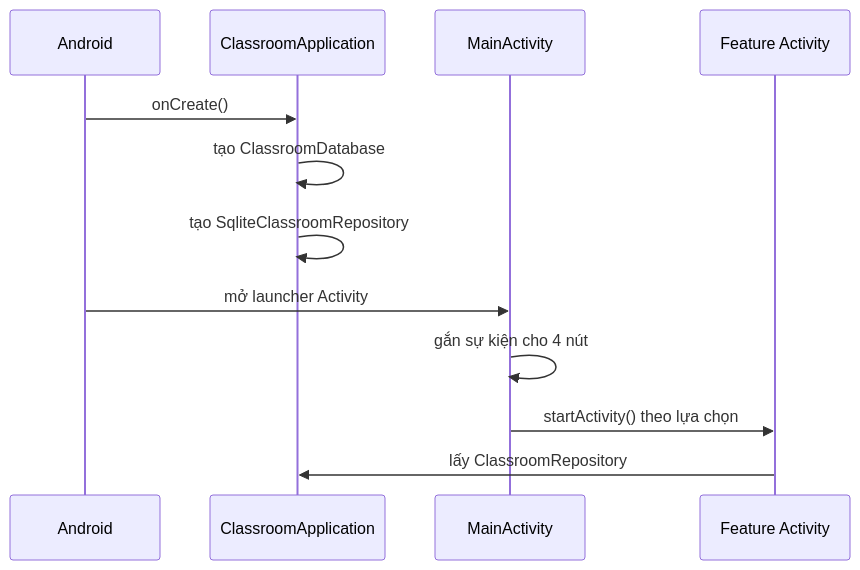
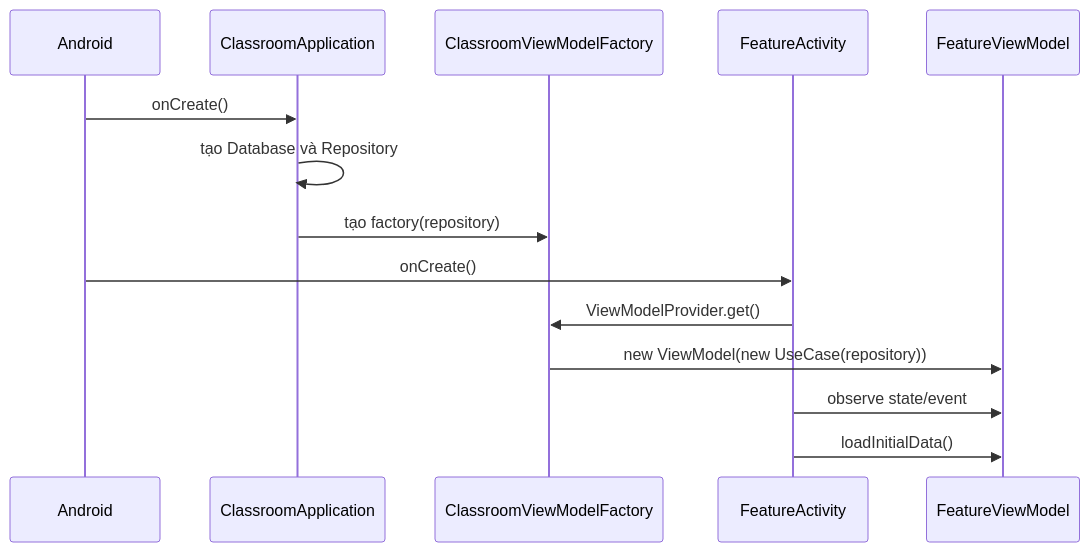
Before and after one commit to hngo120104/MobileAppAssignment: the second of 7 diagrams in KIEN_TRUC_VA_LUONG_HOAT_DONG.md, drawn with Mermaid. The commit also changed other lines of this file and 67 other files, not shown here.

````diff
--- a/KIEN_TRUC_VA_LUONG_HOAT_DONG.md
+++ b/KIEN_TRUC_VA_LUONG_HOAT_DONG.md
@@ -165,15 +225,17 @@
 ```mermaid
 sequenceDiagram
     participant Android
     participant App as ClassroomApplication
-    participant Main as MainActivity
-    participant Feature as Feature Activity
+    participant Factory as ClassroomViewModelFactory
+    participant View as FeatureActivity
+    participant VM as FeatureViewModel
 
     Android->>App: onCreate()
-    App->>App: tạo ClassroomDatabase
-    App->>App: tạo SqliteClassroomRepository
-    Android->>Main: mở launcher Activity
-    Main->>Main: gắn sự kiện cho 4 nút
-    Main->>Feature: startActivity() theo lựa chọn
-    Feature->>App: lấy ClassroomRepository
+    App->>App: tạo Database và Repository
+    App->>Factory: tạo factory(repository)
+    Android->>View: onCreate()
+    View->>Factory: ViewModelProvider.get()
+    Factory->>VM: new ViewModel(new UseCase(repository))
+    View->>VM: observe state/event
+    View->>VM: loadInitialData()
 ```
````
